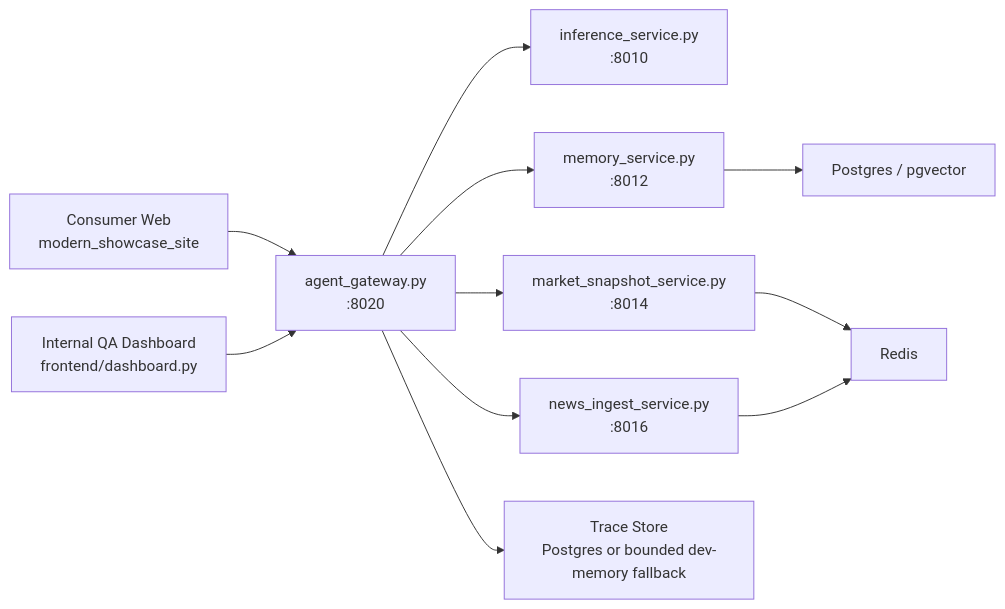
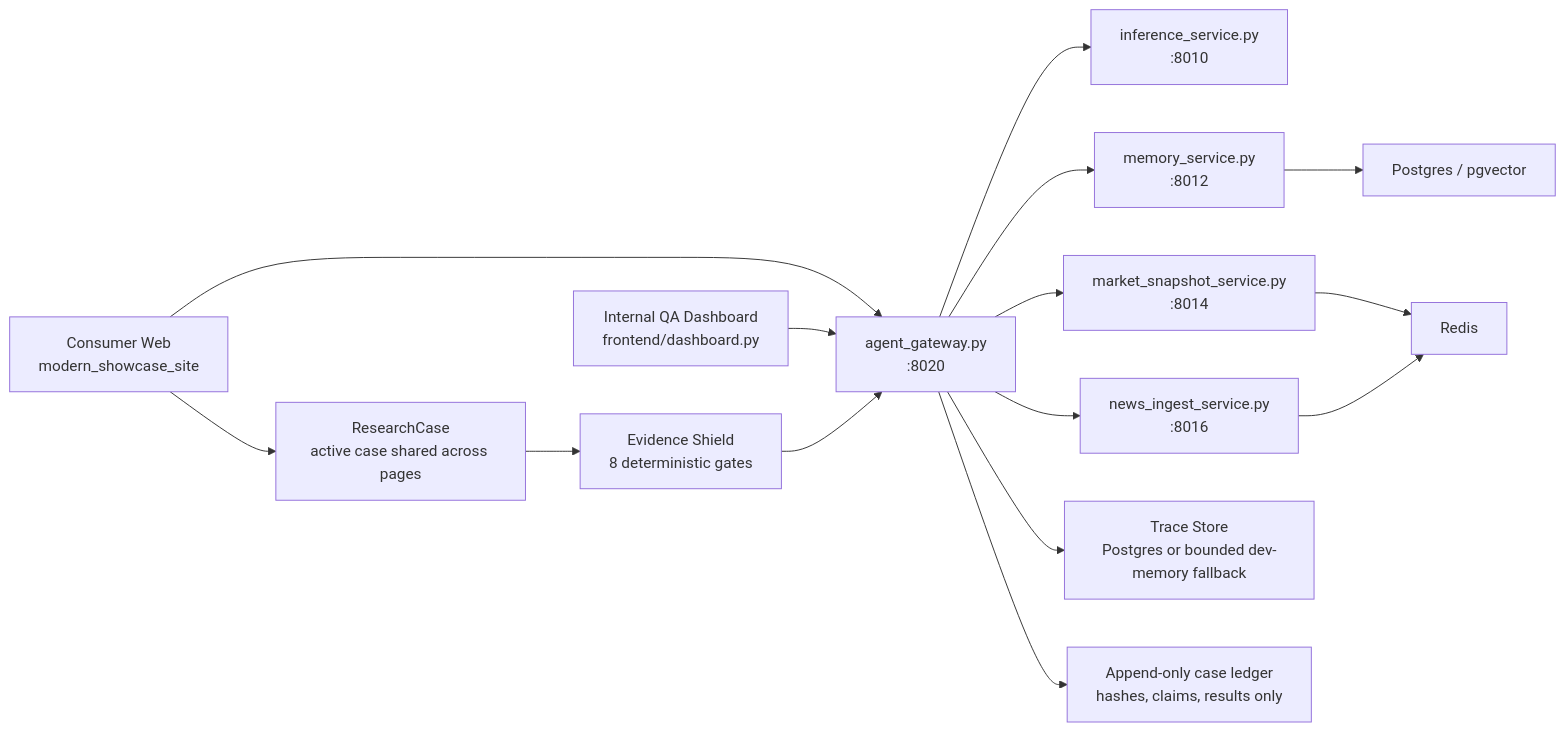
One commit to GAO-QI77/GoldenSense changed the diagram in README.md. Above: the diagram before and after it, drawn with Mermaid. The commit also changed other lines of this file and 22 other files, not shown here.

````diff
--- a/README.md
+++ b/README.md
@@ -51,13 +51,17 @@
 ```mermaid
 flowchart LR
     UI["Consumer Web<br/>modern_showcase_site"] --> GW["agent_gateway.py<br/>:8020"]
     QA["Internal QA Dashboard<br/>frontend/dashboard.py"] --> GW
     GW --> INF["inference_service.py<br/>:8010"]
     GW --> MEM["memory_service.py<br/>:8012"]
     GW --> MKT["market_snapshot_service.py<br/>:8014"]
     GW --> NEWS["news_ingest_service.py<br/>:8016"]
     MEM --> PG["Postgres / pgvector"]
     MKT --> REDIS["Redis"]
     NEWS --> REDIS
     GW --> TRACE["Trace Store<br/>Postgres or bounded dev-memory fallback"]
+    UI --> CASE["ResearchCase<br/>active case shared across pages"]
+    CASE --> SHIELD["Evidence Shield<br/>8 deterministic gates"]
+    SHIELD --> GW
+    GW --> LEDGER["Append-only case ledger<br/>hashes, claims, results only"]
 ```
````
